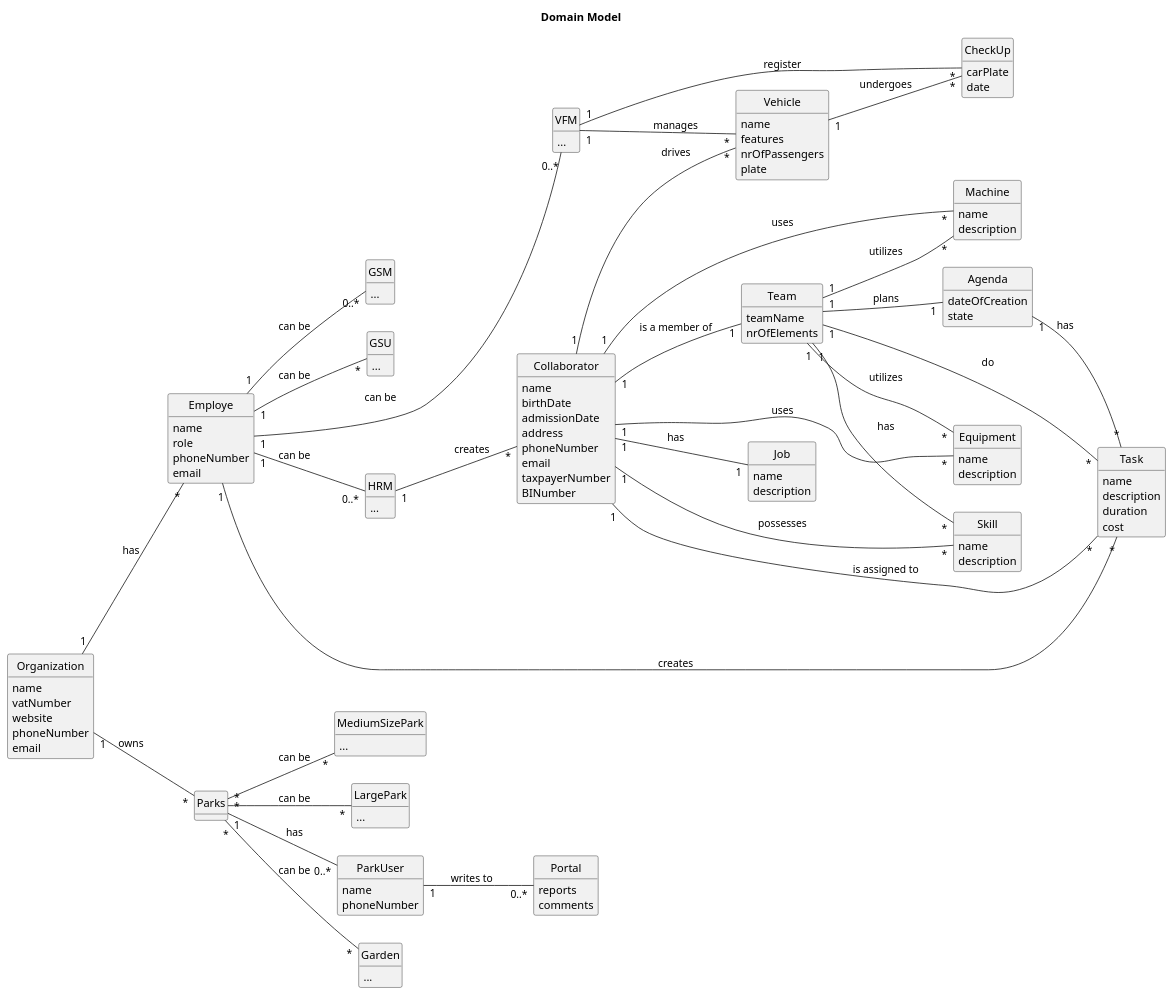
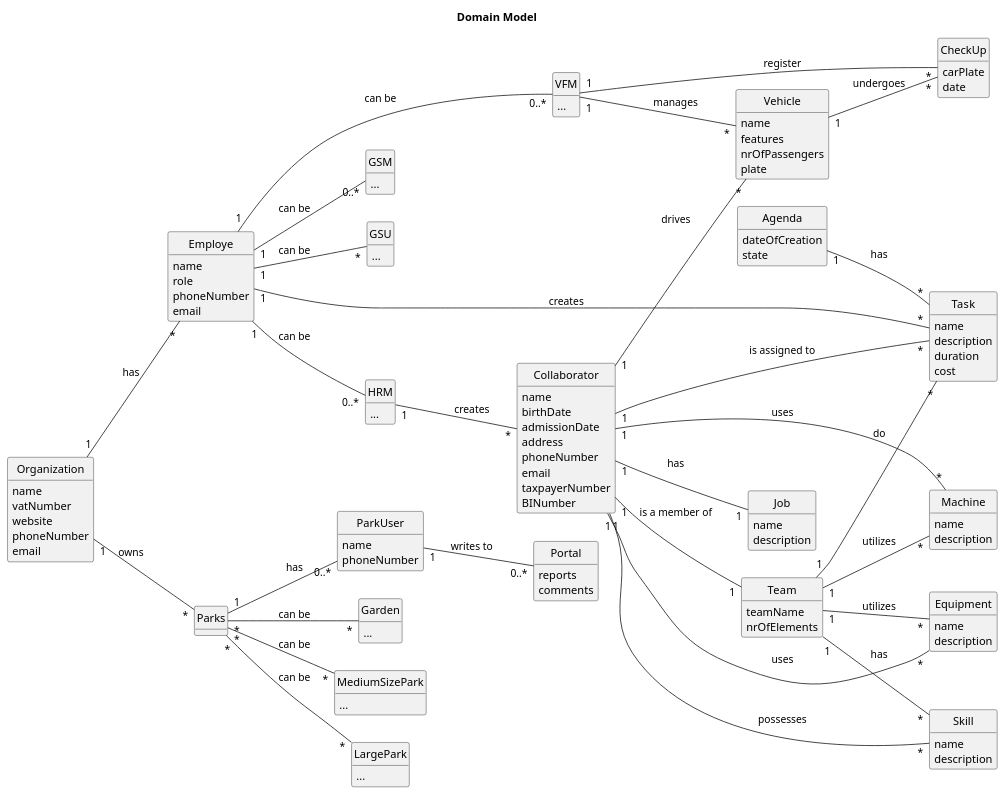
Before and after one commit to Departamento-de-Engenharia-Informatica/greenspace-management: the diagram in docs/sprintA/global-artifacts/02.analysis/puml/project-domain-model.puml, drawn with PlantUML. The commit also changed 1 other file, not shown here.

```diff
--- a/docs/sprintA/global-artifacts/02.analysis/puml/project-domain-model.puml
+++ b/docs/sprintA/global-artifacts/02.analysis/puml/project-domain-model.puml
@@ -1,169 +1,169 @@
 @startuml
 skinparam monochrome true
 skinparam packageStyle rectangle
 skinparam shadowing false
 skinparam classAttributeIconSize 0
 hide circle
 hide methods
 
 title Domain Model
 
 left to right direction
 
 class Organization {
     name
     vatNumber
     website
     phoneNumber
     email
 }
 
 class Employe {
     name
     role
     phoneNumber
     email
 }
 
 class HRM {
     ...
 }
 
 class VFM {
     ...
 }
 
 class GSM {
     ...
 }
 
 class GSU {
     ...
 }
 
 class Collaborator {
     name
     birthDate
     admissionDate
     address
     phoneNumber
     email
     taxpayerNumber
     BINumber
 }
 
 class Garden {
     ...
 }
 
 class MediumSizePark {
     ...
 }
 
 class LargePark {
     ...
 }
 
 class Parks {
 }
 
 class Task {
     name
     description
     duration
     cost
 }
 
 class Agenda {
     dateOfCreation
     state
 }
 
 class Vehicle {
     name
     features
     nrOfPassengers
     plate
 }
 
 class Machine {
     name
     description
 }
 
 class Equipment {
     name
     description
 }
 
 class Portal {
     reports
     comments
 }
 
 class CheckUp {
     carPlate
     date
 }
 
 class Job {
     name
     description
 }
 
 class Team {
     teamName
     nrOfElements
 }
 
 class Skill {
     name
     description
 }
 
 class ParkUser {
     name
     phoneNumber
 }
 
 
 Organization "1" -- "*" Employe : has
 Organization "1" -- "*" Parks : owns
 
 Employe "1" -- "*" Task : creates
 Employe "1" -- "*" GSU : can be
 Employe "1" -- "0..*" GSM : can be
 Employe "1" -- "0..*" HRM : can be
 Employe "1" -- "0..*" VFM : can be
 
 HRM "1" -- "*" Collaborator : creates
 
 Collaborator "1" -- "1" Job : has
 Collaborator "1" -- "1" Team : is a member of
 Collaborator "1" -- "*" Skill : possesses
 Collaborator "1" -- "*" Task : is assigned to
 Collaborator "1" -- "*" Vehicle : drives
 Collaborator "1" -- "*" Machine : uses
 Collaborator "1" -- "*" Equipment : uses
 
 Team "1" -- "*" Skill : has
 Team "1" -- "*" Task : do
 Team "1" -- "*" Machine : utilizes
 Team "1" -- "*" Equipment : utilizes
-Team "1" -- "1" Agenda : plans
+
 
 Agenda "1" -- "*" Task : has
 
 ParkUser "1" -- "0..*" Portal : writes to
 
 Parks "*" -- "*" Garden : can be
 Parks "*" -- "*" MediumSizePark : can be
 Parks "*" -- "*" LargePark : can be
 Parks "1" -- "0..*" ParkUser : has
 
 VFM "1" -- "*" CheckUp: register
 VFM "1" -- "*" Vehicle: manages
 
 Vehicle "1" -- "*" CheckUp : undergoes
 
 @enduml
```
